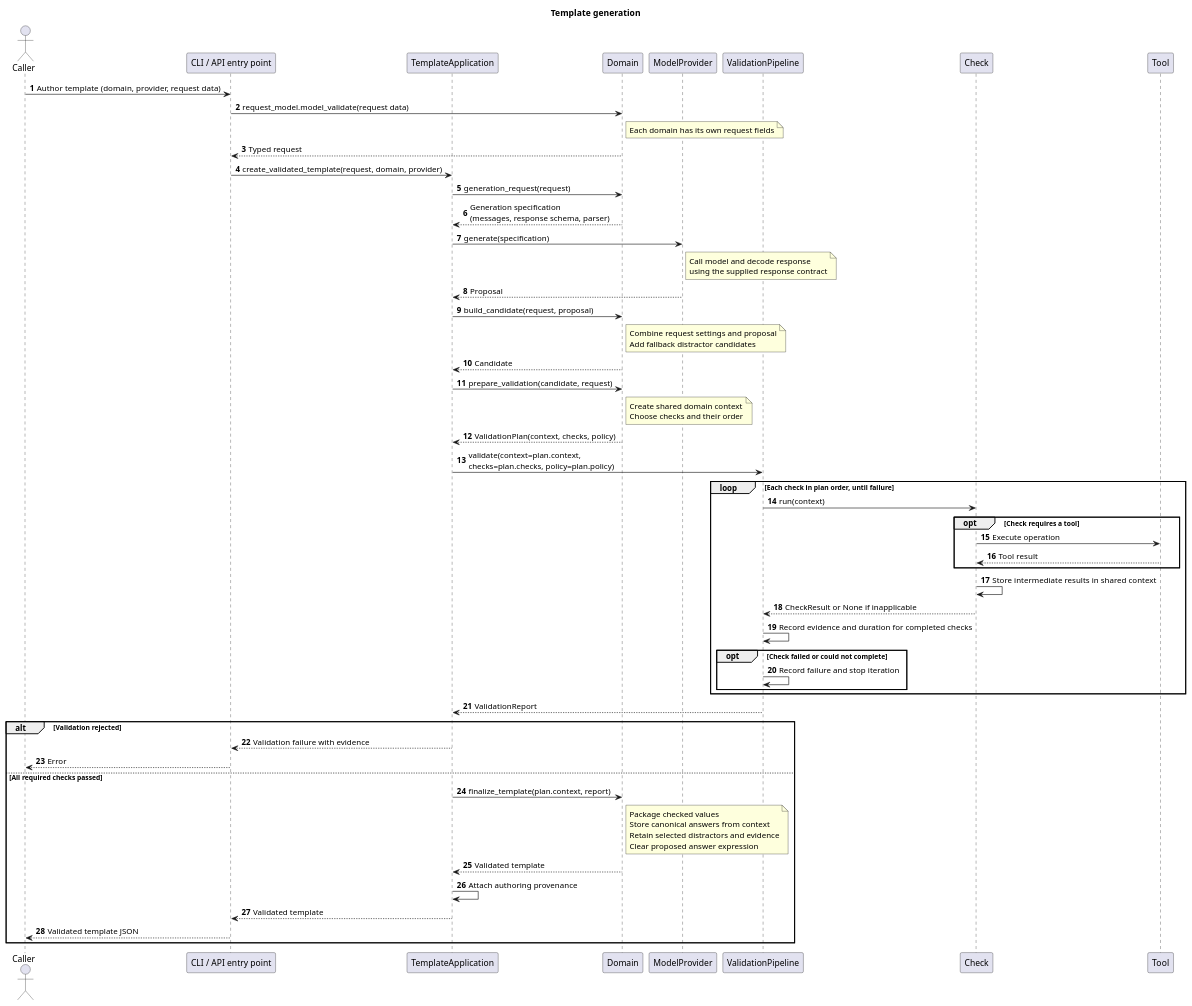
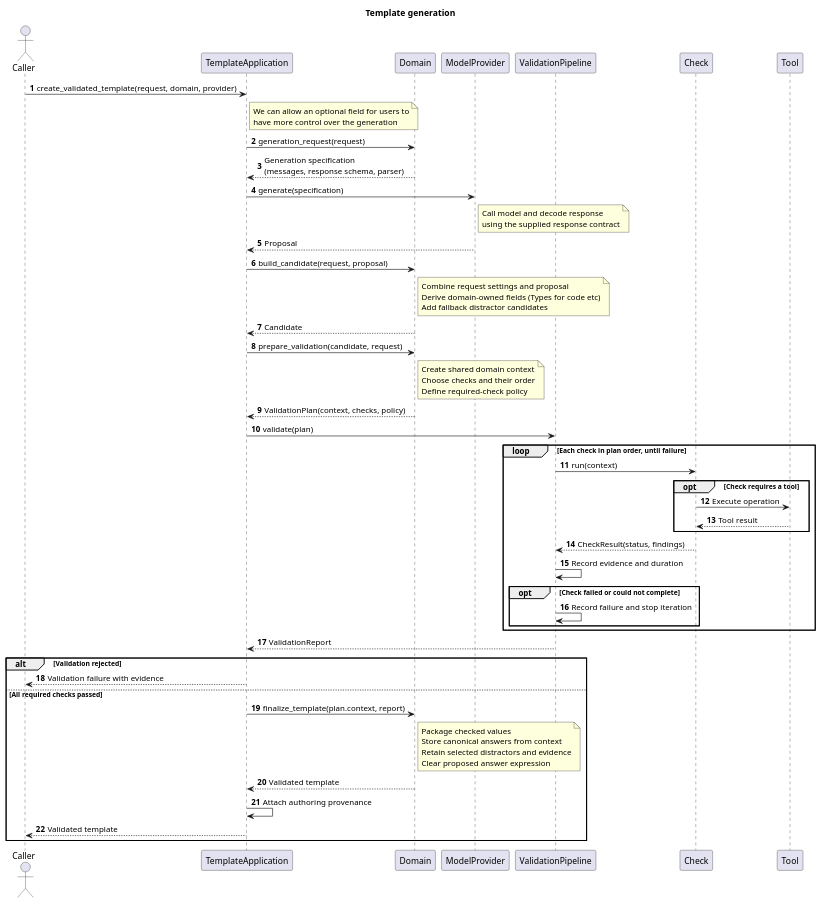
The diagram in docs/question-generation/generate-template.puml (edcraft-org/ai), drawn with PlantUML before and after one commit.

Commit message:
Add support for user to customize prompt

```diff
--- a/docs/question-generation/generate-template.puml
+++ b/docs/question-generation/generate-template.puml
@@ -1,84 +1,80 @@
 @startuml
 title Template generation
 autonumber
 
 actor Caller
-participant "CLI / API entry point" as Entry
 participant TemplateApplication as App
 participant "Domain" as Domain
 participant "ModelProvider" as Provider
 participant ValidationPipeline as Validator
 participant "Check" as Check
 participant "Tool" as Tool
 
-Caller -> Entry: Author template (domain, provider, request data)
-Entry -> Domain: request_model.model_validate(request data)
-note right of Domain
-  Each domain has its own request fields
+Caller -> App: create_validated_template(request, domain, provider)
+note right of App
+  We can allow an optional field for users to
+  have more control over the generation
 end note
-Domain --> Entry: Typed request
-Entry -> App: create_validated_template(request, domain, provider)
 
 App -> Domain: generation_request(request)
 Domain --> App: Generation specification\n(messages, response schema, parser)
 
 App -> Provider: generate(specification)
 note right of Provider
   Call model and decode response
   using the supplied response contract
 end note
 Provider --> App: Proposal
 
 App -> Domain: build_candidate(request, proposal)
 note right of Domain
   Combine request settings and proposal
+  Derive domain-owned fields (Types for code etc)
   Add fallback distractor candidates
 end note
 Domain --> App: Candidate
 
 App -> Domain: prepare_validation(candidate, request)
 note right of Domain
   Create shared domain context
   Choose checks and their order
+  Define required-check policy
 end note
 Domain --> App: ValidationPlan(context, checks, policy)
 
-App -> Validator: validate(context=plan.context,\nchecks=plan.checks, policy=plan.policy)
+App -> Validator: validate(plan)
 
 loop Each check in plan order, until failure
     Validator -> Check: run(context)
 
     opt Check requires a tool
         Check -> Tool: Execute operation
         Tool --> Check: Tool result
     end
 
-    Check -> Check: Store intermediate results in shared context
-    Check --> Validator: CheckResult or None if inapplicable
-    Validator -> Validator: Record evidence and duration for completed checks
+    Check --> Validator: CheckResult(status, findings)
+    Validator -> Validator: Record evidence and duration
 
     opt Check failed or could not complete
         Validator -> Validator: Record failure and stop iteration
     end
 end
 
 Validator --> App: ValidationReport
 
 alt Validation rejected
-    App --> Entry: Validation failure with evidence
-    Entry --> Caller: Error
+    App --> Caller: Validation failure with evidence
 else All required checks passed
     App -> Domain: finalize_template(plan.context, report)
     note right of Domain
       Package checked values
       Store canonical answers from context
       Retain selected distractors and evidence
       Clear proposed answer expression
     end note
     Domain --> App: Validated template
 
     App -> App: Attach authoring provenance
-    App --> Entry: Validated template
-    Entry --> Caller: Validated template JSON
+    App --> Caller: Validated template
 end
 @enduml
```
